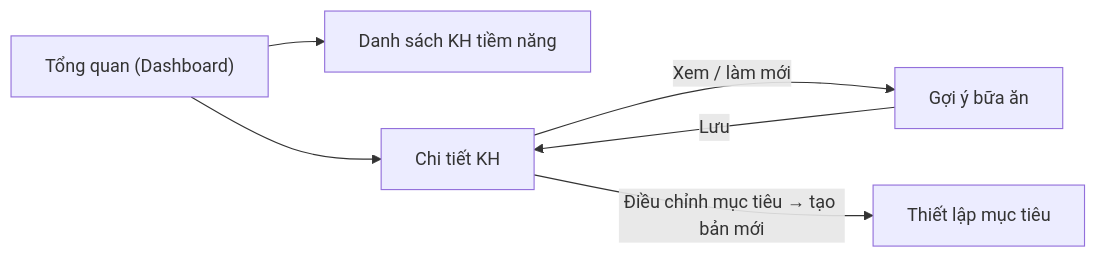
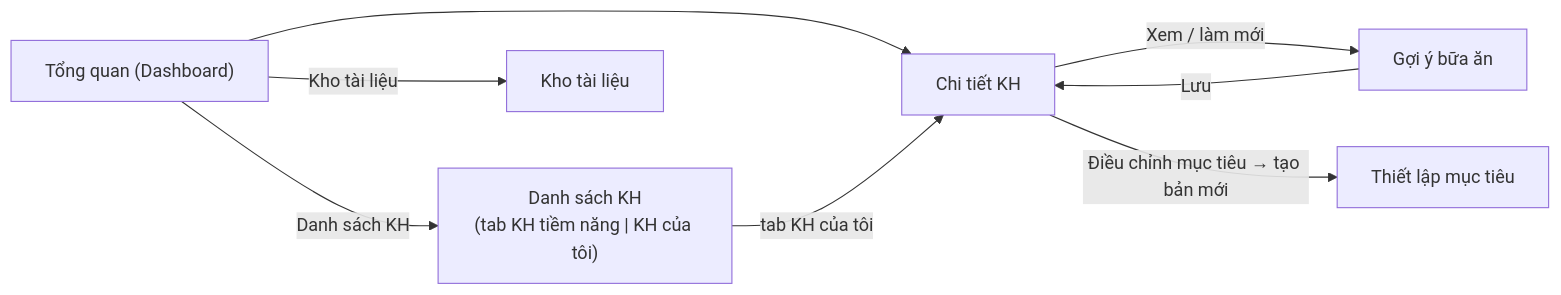
One commit to cuongpt083/ancare-enhancement changed the third of 4 diagrams in docs/to-be/Workflow-HLV.md. Above: the diagram before and after it, drawn with Mermaid. The commit also changed other lines of this file and 5 other files, not shown here.

````diff
--- a/docs/to-be/Workflow-HLV.md
+++ b/docs/to-be/Workflow-HLV.md
@@ -275,8 +279,10 @@
 ```mermaid
 graph LR
-    TQ["Tổng quan (Dashboard)"] --> DS["Danh sách KH tiềm năng"]
+    TQ["Tổng quan (Dashboard)"] -->|"Danh sách KH"| DS["Danh sách KH<br/>(tab KH tiềm năng | KH của tôi)"]
+    TQ -->|"Kho tài liệu"| KTL["Kho tài liệu"]
     TQ --> CT["Chi tiết KH"]
+    DS -->|"tab KH của tôi"| CT
     CT -->|"Xem / làm mới"| GYB["Gợi ý bữa ăn"]
     GYB -->|"Lưu"| CT
     CT -->|"Điều chỉnh mục tiêu → tạo bản mới"| TLM["Thiết lập mục tiêu"]
 ```
````
